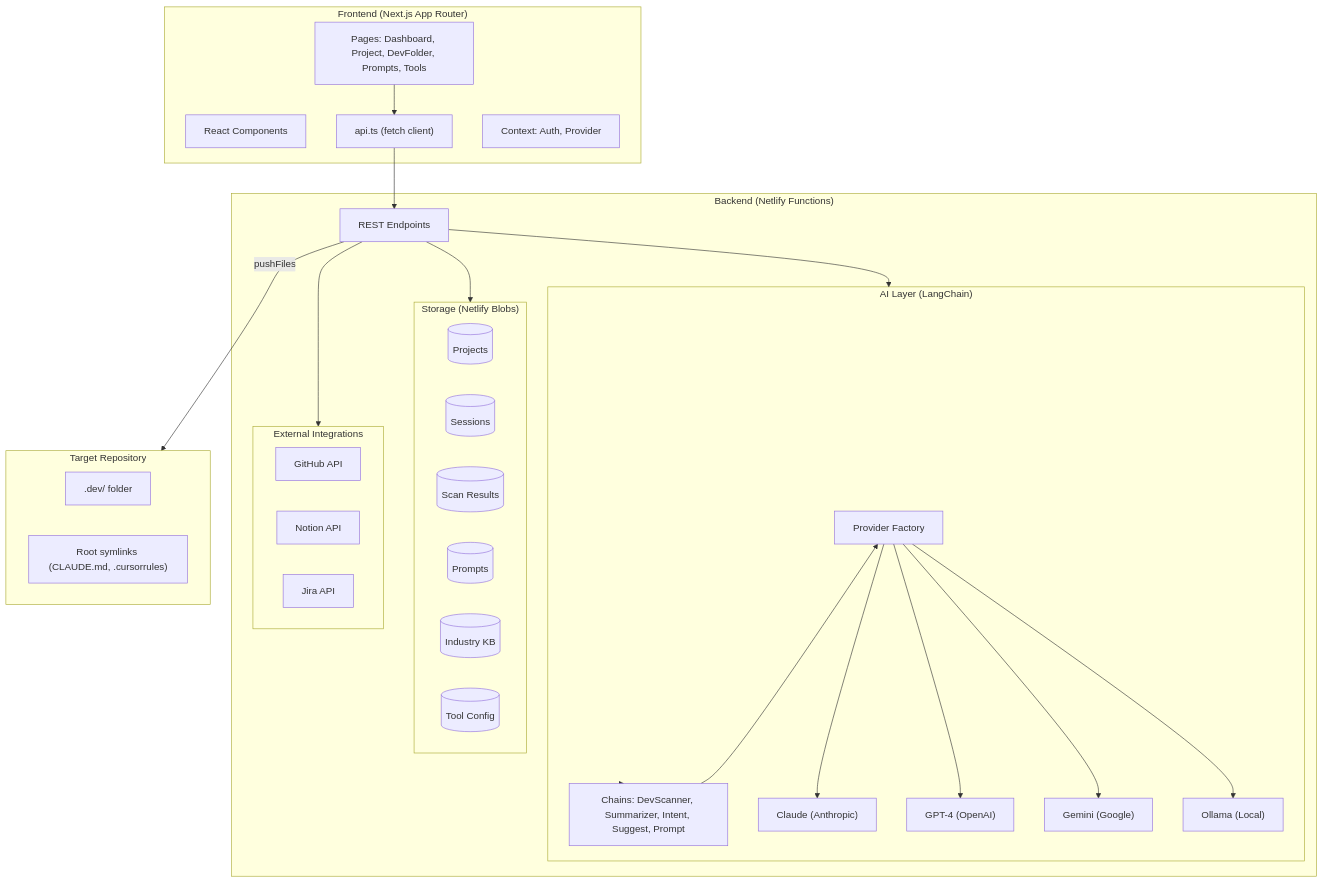
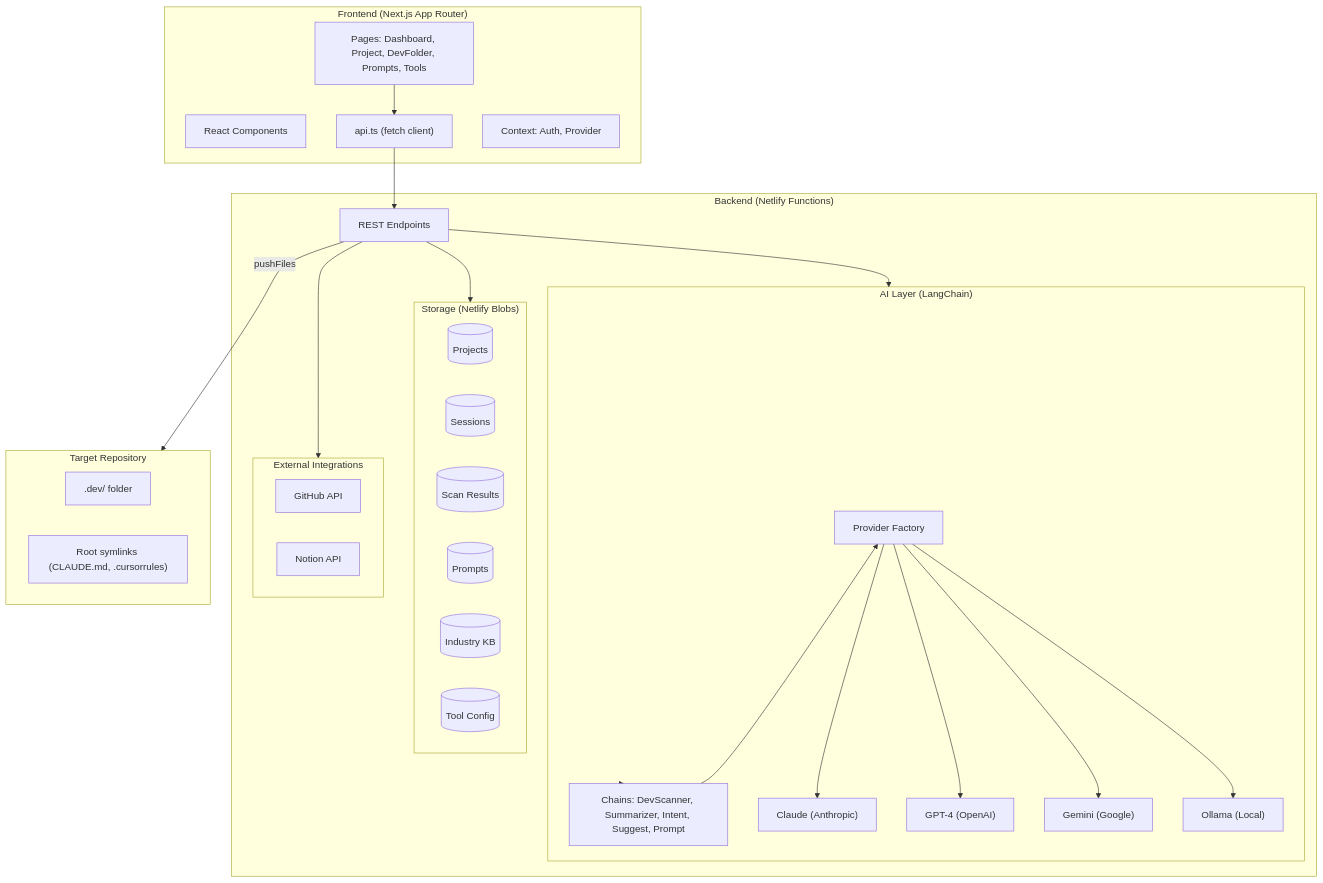
One commit to rlynjb/buffr changed the first of 2 diagrams in ARCHITECTURE.md. Above: the diagram before and after it, drawn with Mermaid. The commit also changed other lines of this file and 30 other files, not shown here.

````diff
--- a/ARCHITECTURE.md
+++ b/ARCHITECTURE.md
@@ -84,51 +83,50 @@
 ```mermaid
 graph TB
     subgraph Frontend ["Frontend (Next.js App Router)"]
         Pages[Pages: Dashboard, Project, DevFolder, Prompts, Tools]
         Components[React Components]
         APIClient["api.ts (fetch client)"]
         Context["Context: Auth, Provider"]
     end
 
     subgraph Backend ["Backend (Netlify Functions)"]
         Endpoints["REST Endpoints"]
 
         subgraph AI ["AI Layer (LangChain)"]
             Provider["Provider Factory"]
             Chains["Chains: DevScanner, Summarizer, Intent, Suggest, Prompt"]
             Provider --> Claude["Claude (Anthropic)"]
             Provider --> GPT["GPT-4 (OpenAI)"]
             Provider --> Gemini["Gemini (Google)"]
             Provider --> Ollama["Ollama (Local)"]
         end
 
         subgraph Storage ["Storage (Netlify Blobs)"]
             Projects[(Projects)]
             Sessions[(Sessions)]
             ScanResults[(Scan Results)]
             Prompts[(Prompts)]
             IndustryKB[(Industry KB)]
             ToolConfig[(Tool Config)]
         end
 
         subgraph Integrations ["External Integrations"]
             GitHub["GitHub API"]
             Notion["Notion API"]
-            Jira["Jira API"]
         end
     end
 
     subgraph Repo ["Target Repository"]
         DevFolder[".dev/ folder"]
         Adapters["Root symlinks (CLAUDE.md, .cursorrules)"]
     end
 
     Pages --> APIClient
     APIClient --> Endpoints
     Endpoints --> AI
     Endpoints --> Storage
     Endpoints --> Integrations
     AI --> Chains
     Chains --> Provider
     Endpoints -->|pushFiles| Repo
 ```
````
